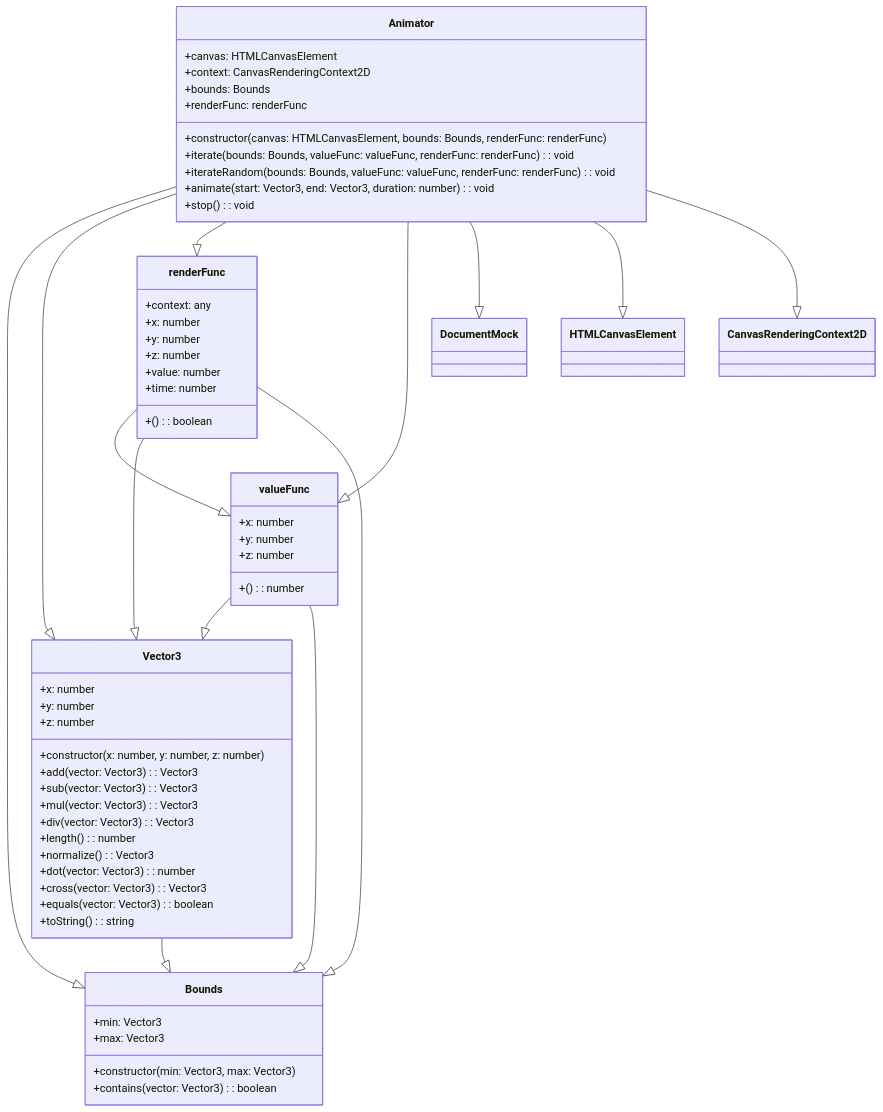
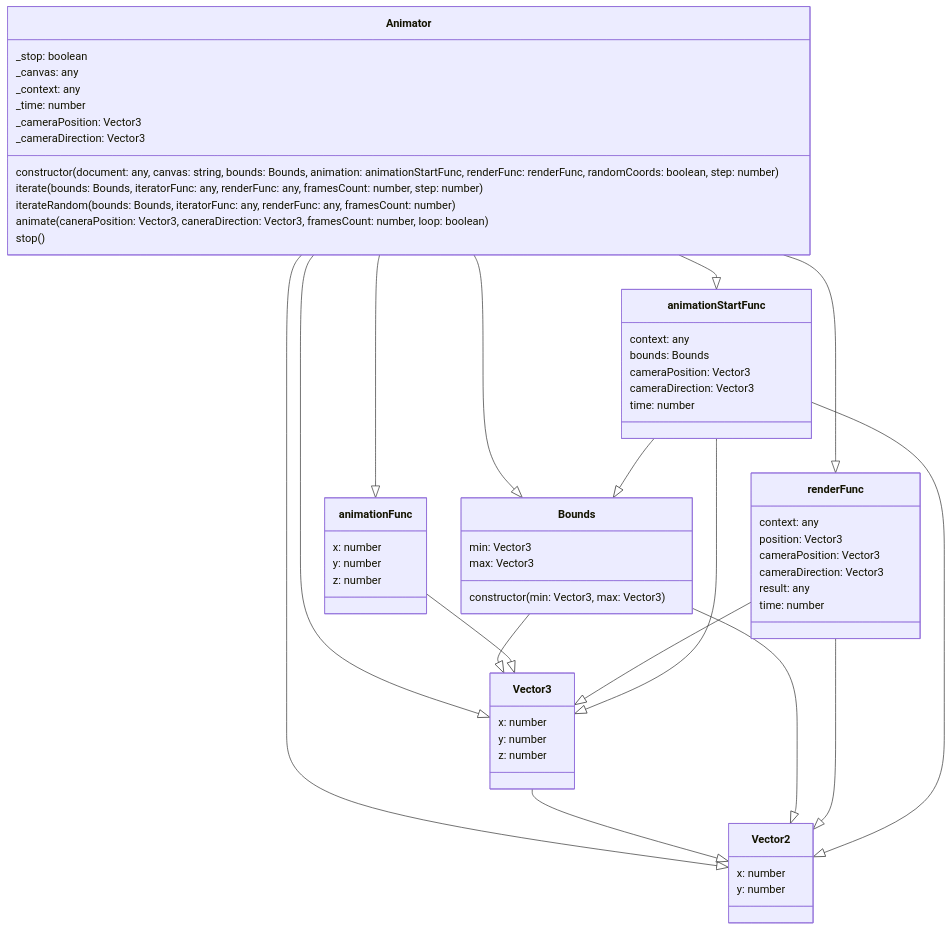
The first of 2 diagrams in README.md (sschepis/canvas-animator), drawn with Mermaid before and after one commit. The commit also changed other lines of this file and 5 other files, not shown here.

````diff
--- a/README.md
+++ b/README.md
@@ -43,64 +85,67 @@
 ```mermaid
 classDiagram
-    class Bounds {
-        +min: Vector3
-        +max: Vector3
-        +constructor(min: Vector3, max: Vector3)
-        +contains(vector: Vector3): boolean
+    class Animator {
+    _stop: boolean
+    _canvas: any
+    _context: any
+    _time: number
+    _cameraPosition: Vector3
+    _cameraDirection: Vector3
+    constructor(document: any, canvas: string, bounds: Bounds, animation: animationStartFunc, renderFunc: renderFunc, randomCoords: boolean, step: number)
+    iterate(bounds: Bounds, iteratorFunc: any, renderFunc: any, framesCount: number, step: number)
+    iterateRandom(bounds: Bounds, iteratorFunc: any, renderFunc: any, framesCount: number)
+    animate(caneraPosition: Vector3, caneraDirection: Vector3, framesCount: number, loop: boolean)
+    stop()
     }
     class Vector3 {
-        +x: number
-        +y: number
-        +z: number
-        +constructor(x: number, y: number, z: number)
-        +add(vector: Vector3): Vector3
-        +sub(vector: Vector3): Vector3
-        +mul(vector: Vector3): Vector3
-        +div(vector: Vector3): Vector3
-        +length(): number
-        +normalize(): Vector3
-        +dot(vector: Vector3): number
-        +cross(vector: Vector3): Vector3
-        +equals(vector: Vector3): boolean
-        +toString(): string
+    x: number
+    y: number
+    z: number
     }
-    class Animator {
-        +canvas: HTMLCanvasElement
-        +context: CanvasRenderingContext2D
-        +bounds: Bounds
-        +renderFunc: renderFunc
-        +constructor(canvas: HTMLCanvasElement, bounds: Bounds, renderFunc: renderFunc)
-        +iterate(bounds: Bounds, valueFunc: valueFunc, renderFunc: renderFunc): void
-        +iterateRandom(bounds: Bounds, valueFunc: valueFunc, renderFunc: renderFunc): void
-        +animate(start: Vector3, end: Vector3, duration: number): void
-        +stop(): void
+    class Vector2 {
+    x: number
+    y: number
+    }
+    class Bounds {
+    min: Vector3
+    max: Vector3
+    constructor(min: Vector3, max: Vector3)
+    }
+    class animationFunc {
+    x: number
+    y: number
+    z: number
     }
     class renderFunc {
-        +context: any
-        +x: number
-        +y: number
-        +z: number
-        +value: number
-        +time: number
-        +(): boolean
+    context: any
+    position: Vector3
+    cameraPosition: Vector3
+    cameraDirection: Vector3
+    result: any
+    time: number
     }
-    class valueFunc {
-        +x: number
-        +y: number
-        +z: number
-        +(): number
+    class animationStartFunc {
+    context: any
+    bounds: Bounds
+    cameraPosition: Vector3
+    cameraDirection: Vector3
+    time: number
     }
+
+    Animator --|> Vector3
+    Animator --|> Vector2
     Animator --|> Bounds
-    Animator --|> Vector3
+    Animator --|> animationFunc
     Animator --|> renderFunc
-    Animator --|> valueFunc
-    Animator --|> DocumentMock
-    Animator --|> HTMLCanvasElement
-    Animator --|> CanvasRenderingContext2D
-    renderFunc --|> valueFunc
+    Animator --|> animationStartFunc
+    Vector3 --|> Vector2
+    Bounds --|> Vector3
+    Bounds --|> Vector2
+    animationFunc --|> Vector3
     renderFunc --|> Vector3
-    renderFunc --|> Bounds
-    valueFunc --|> Vector3
-    valueFunc --|> Bounds
-    Vector3 --|> Bounds
+    renderFunc --|> Vector2
+    animationStartFunc --|> Vector3
+    animationStartFunc --|> Vector2
+    animationStartFunc --|> Bounds
+
 ```
````
